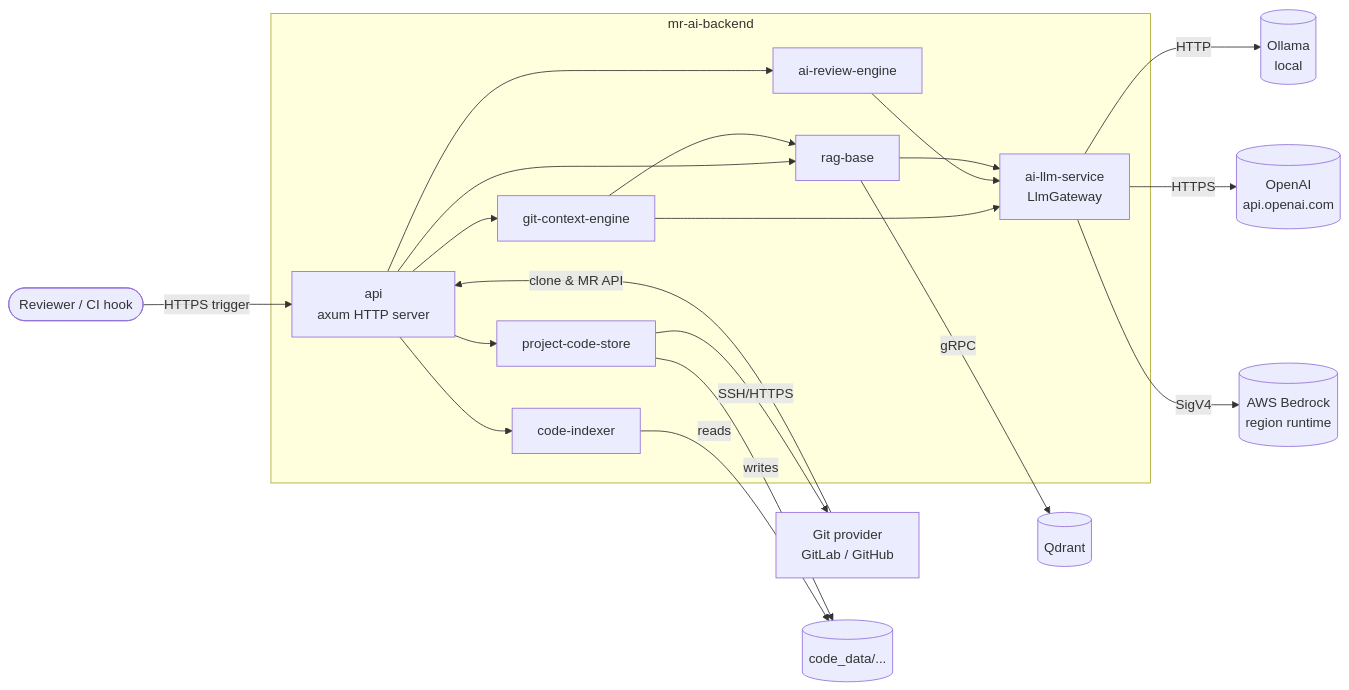
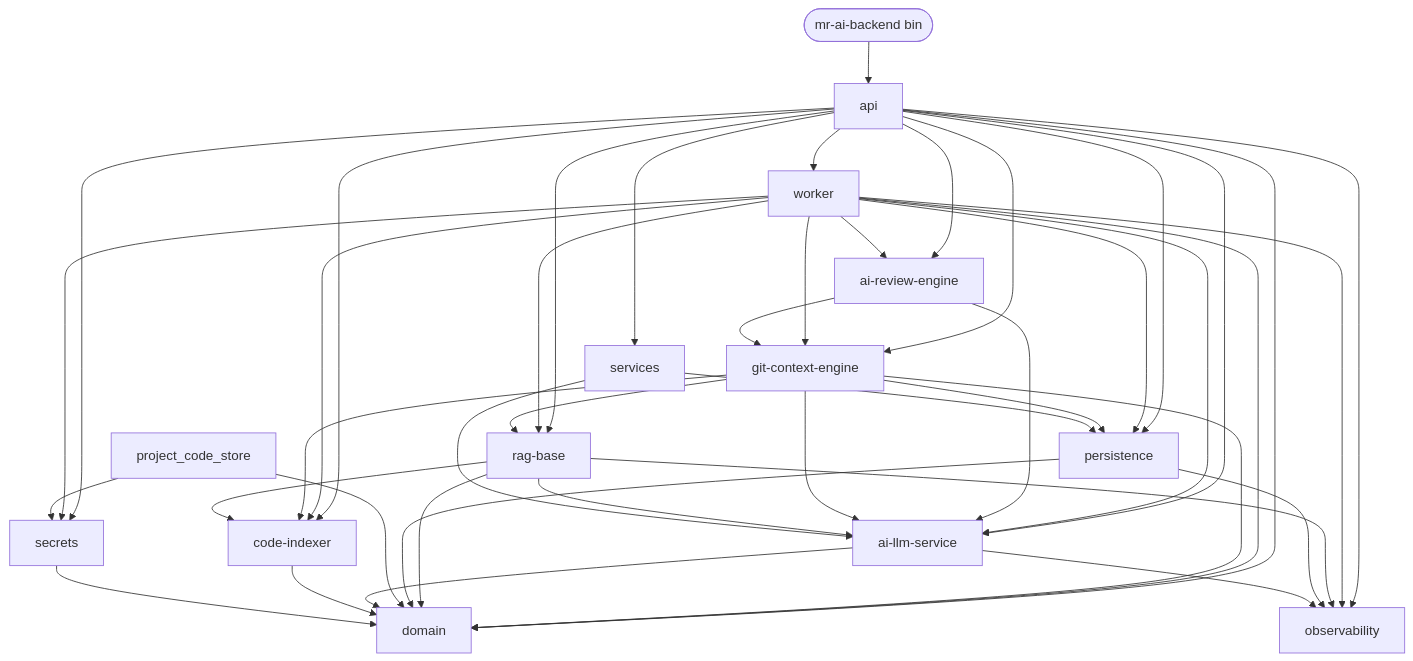
Before and after one commit to robotoss/mr-ai: the diagram in mr-ai-backend/docs/architecture/overview.md, drawn with Mermaid. The commit also changed other lines of this file and 18 other files, not shown here.

First line of the commit message:
docs: refactor — new crate pages, architecture overview rewrite, stale cleanup

````diff
--- a/mr-ai-backend/docs/architecture/overview.md
+++ b/mr-ai-backend/docs/architecture/overview.md
@@ -9,35 +25,55 @@
 ```mermaid
-flowchart LR
-    User([Reviewer / CI hook]) -->|HTTPS trigger| API
-    Git[Git provider<br/>GitLab / GitHub] -->|clone & MR API| API
+flowchart TD
+    BIN([mr-ai-backend bin]) --> API[api]
 
-    subgraph mr-ai-backend
-        API[api<br/>axum HTTP server]
-        ARE[ai-review-engine]
-        GCE[git-context-engine]
-        RAG[rag-base]
-        CI[code-indexer]
-        PCS[project-code-store]
-        GW[ai-llm-service<br/>LlmGateway]
-    end
+    API --> AIR[ai-review-engine]
+    API --> GCE[git-context-engine]
+    API --> RAG[rag-base]
+    API --> CI[code-indexer]
+    API --> SVC[services]
+    API --> GW[ai-llm-service]
+    API --> DOM[domain]
+    API --> SEC[secrets]
+    API --> PER[persistence]
+    API --> WRK[worker]
+    API --> OBS[observability]
 
-    API --> ARE
-    API --> GCE
-    API --> RAG
-    API --> PCS
-    API --> CI
+    WRK --> PER
+    WRK --> DOM
+    WRK --> OBS
+    WRK --> CI
+    WRK --> GCE
+    WRK --> GW
+    WRK --> AIR
+    WRK --> RAG
+    WRK --> SEC
 
+    AIR --> GW
+    AIR --> GCE
+
+    GCE --> GW
+    GCE --> CI
     GCE --> RAG
-    GCE --> GW
-    ARE --> GW
-    RAG  --> GW
+    GCE --> DOM
+    GCE --> PER
 
-    GW -->|HTTP| Ollama[(Ollama<br/>local)]
-    GW -->|HTTPS| OpenAI[(OpenAI<br/>api.openai.com)]
-    GW -->|SigV4| Bedrock[(AWS Bedrock<br/>region runtime)]
+    RAG --> GW
+    RAG --> CI
+    RAG --> DOM
+    RAG --> OBS
 
-    RAG -->|gRPC| Qdrant[(Qdrant)]
-    PCS -->|SSH/HTTPS| Git
-    CI -->|reads| Repo[(code_data/...)]
-    PCS -->|writes| Repo
+    SVC --> GW
+    SVC --> PER
+
+    PER --> DOM
+    PER --> OBS
+
+    PCS[project_code_store] --> SEC
+    PCS --> DOM
+
+    GW --> DOM
+    GW --> OBS
+
+    CI --> DOM
+    SEC --> DOM
 ```
````
